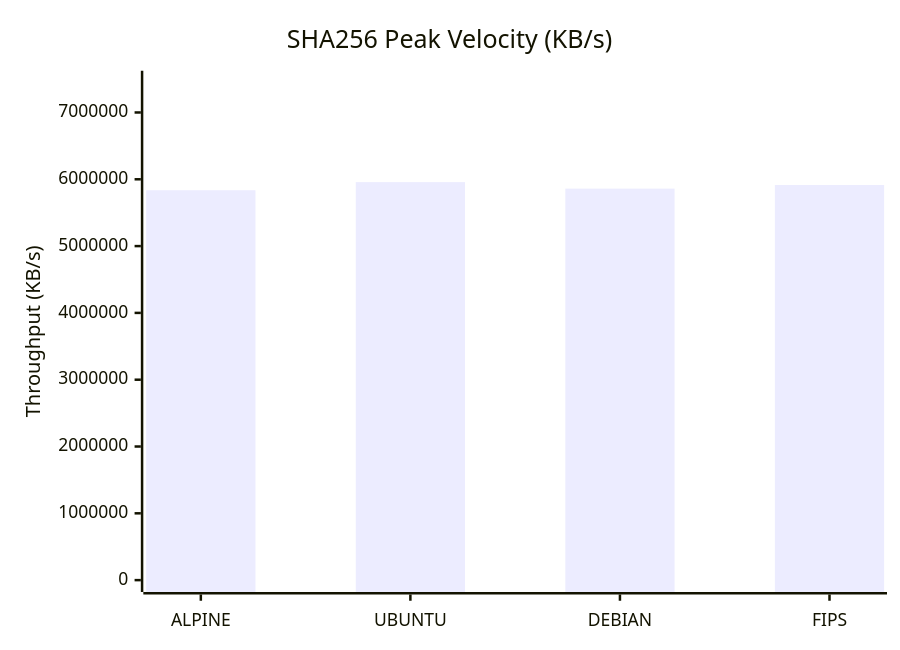
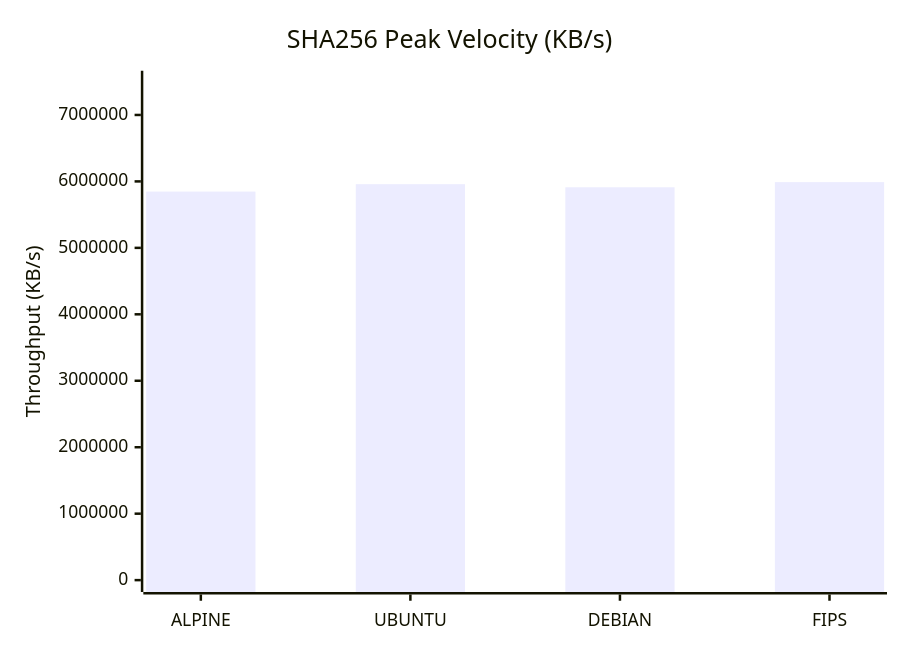
One commit to taha2samy/openssl_fips changed the second of 9 diagrams in docs/Comparison_Report.md. Above: the diagram before and after it, drawn with Mermaid. The commit also changed other lines of this file and 2 other files, not shown here.

````diff
--- a/docs/Comparison_Report.md
+++ b/docs/Comparison_Report.md
@@ -65,7 +65,7 @@
 ```mermaid
 xychart-beta
     title "SHA256 Peak Velocity (KB/s)"
     x-axis [ALPINE, UBUNTU, DEBIAN, FIPS]
-    y-axis "Throughput (KB/s)" 0 --> 7446814
-    bar [5836018.48, 5957451.78, 5860101.32, 5914561.74]
+    y-axis "Throughput (KB/s)" 0 --> 7486531
+    bar [5846694.3, 5958461.03, 5911509.4, 5989225.27]
 ```
````
